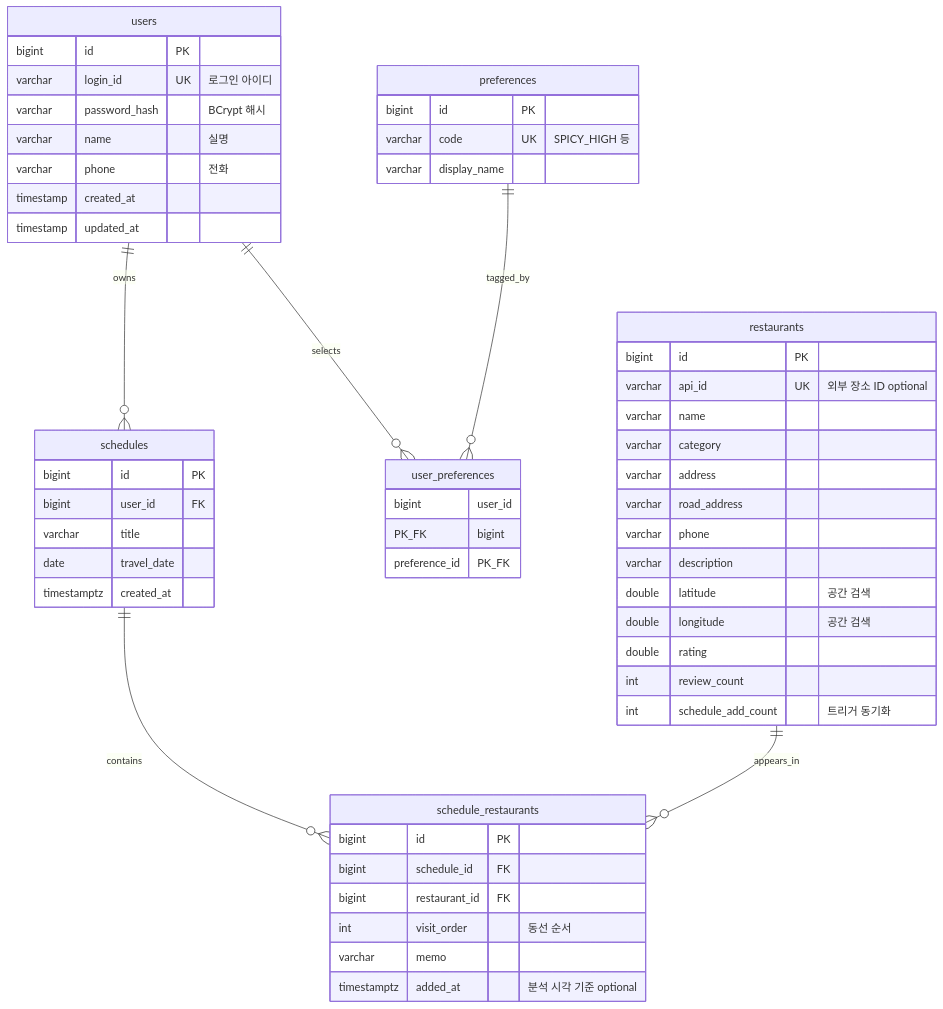
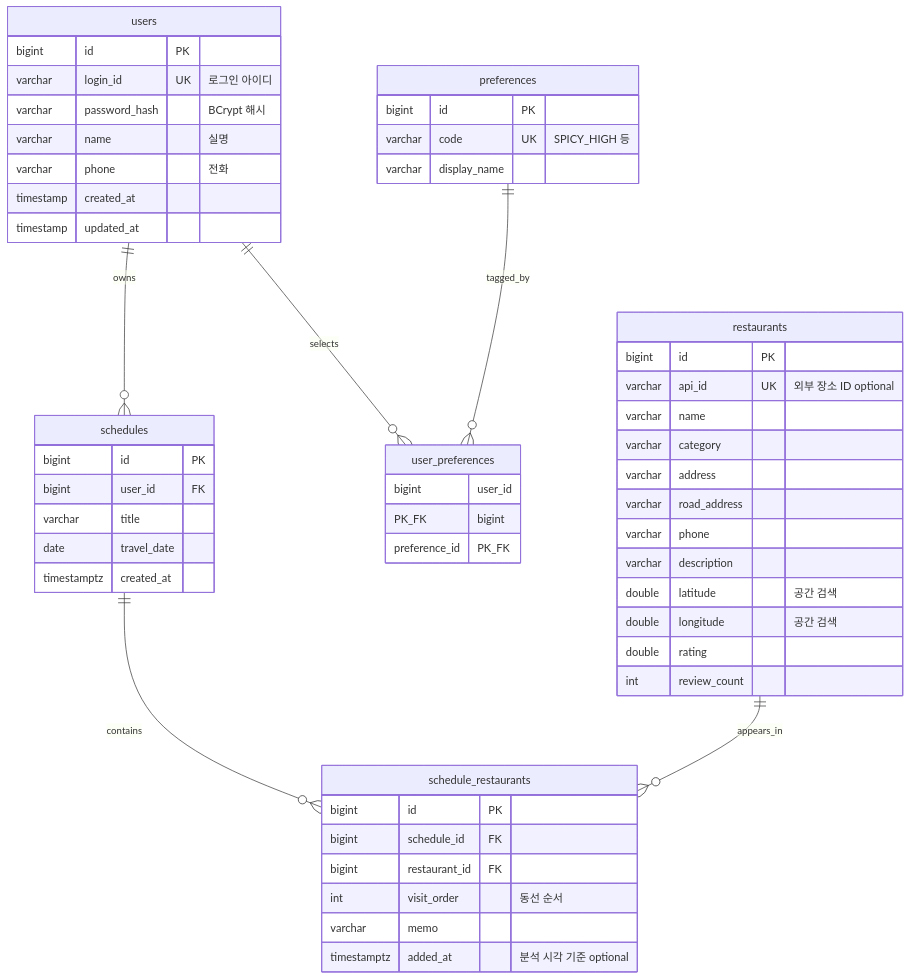
The diagram in docs/erd.md (db-matzip-project/matzip-backend), drawn with Mermaid before and after one commit. The commit also changed 4 other files, not shown here.

First line of the commit message:
refactor(restaurants): schedule_add_count 컬럼 및 scheduleAddCount API 필드 제거

````diff
--- a/docs/erd.md
+++ b/docs/erd.md
@@ -9,62 +9,61 @@
 ```mermaid
 erDiagram
     users ||--o{ schedules : owns
     users ||--o{ user_preferences : selects
     preferences ||--o{ user_preferences : tagged_by
     schedules ||--o{ schedule_restaurants : contains
     restaurants ||--o{ schedule_restaurants : appears_in
 
     users {
         bigint id PK
         varchar login_id UK "로그인 아이디"
         varchar password_hash "BCrypt 해시"
         varchar name "실명"
         varchar phone "전화"
         timestamp created_at
         timestamp updated_at
     }
 
     preferences {
         bigint id PK
         varchar code UK "SPICY_HIGH 등"
         varchar display_name
     }
 
     user_preferences {
         bigint user_id PK_FK
         bigint preference_id PK_FK
     }
 
     restaurants {
         bigint id PK
         varchar api_id UK "외부 장소 ID optional"
         varchar name
         varchar category
         varchar address
         varchar road_address
         varchar phone
         varchar description
         double latitude "공간 검색"
         double longitude "공간 검색"
         double rating
         int review_count
-        int schedule_add_count "트리거 동기화"
     }
 
     schedules {
         bigint id PK
         bigint user_id FK
         varchar title
         date travel_date
         timestamptz created_at
     }
 
     schedule_restaurants {
         bigint id PK
         bigint schedule_id FK
         bigint restaurant_id FK
         int visit_order "동선 순서"
         varchar memo
         timestamptz added_at "분석 시각 기준 optional"
     }
 ```
````
